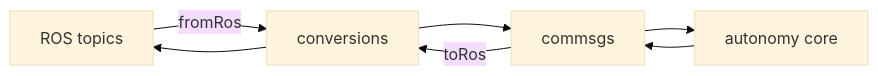
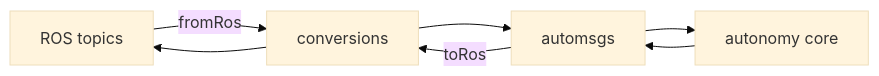
One commit to quandy2020/autonomy_ros changed the diagram in autonomy_ros/docs/conversions.md. Above: the diagram before and after it, drawn with Mermaid (base theme). The commit also changed other lines of this file and 49 other files, not shown here.

````diff
--- a/autonomy_ros/docs/conversions.md
+++ b/autonomy_ros/docs/conversions.md
@@ -56,10 +56,10 @@
 ```mermaid
 flowchart LR
   ROS["ROS topics"]
   CV["conversions"]
-  CM["commsgs"]
+  AM["automsgs"]
   CORE["autonomy core"]
 
-  ROS -->|fromRos| CV --> CM --> CORE
-  CORE --> CM -->|toRos| CV --> ROS
+  ROS -->|fromRos| CV --> AM --> CORE
+  CORE --> AM -->|toRos| CV --> ROS
 ```
````
